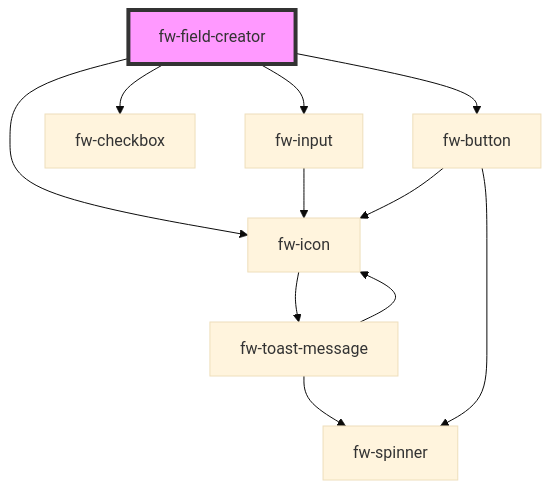
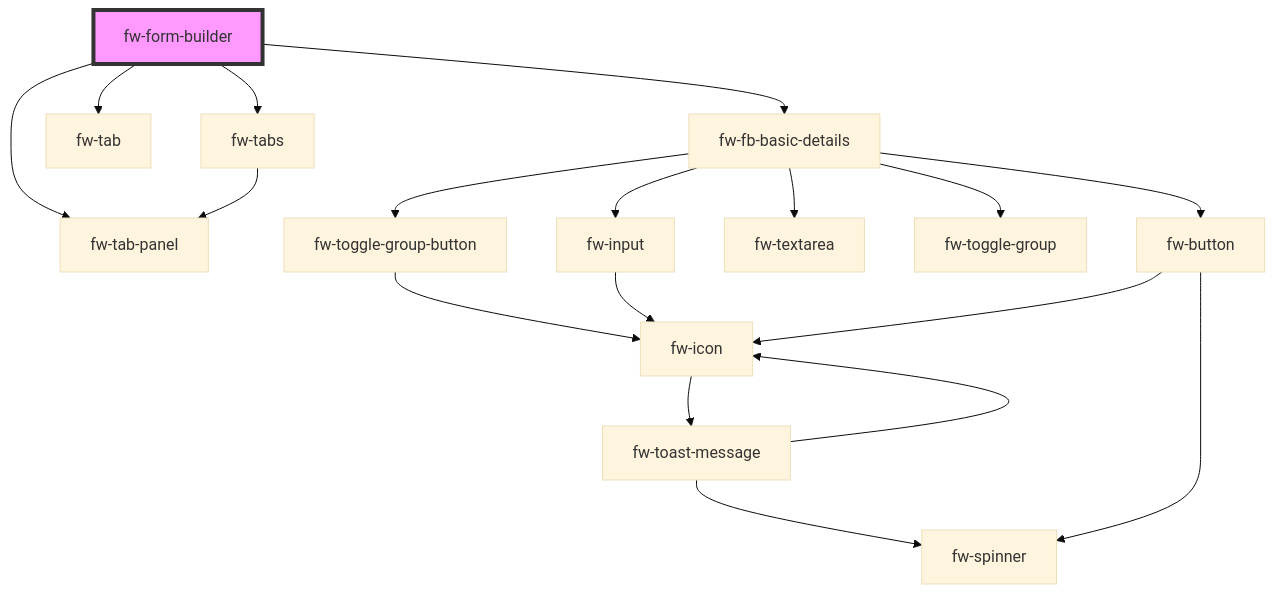
Before and after one commit to freshworks/crayons: the diagram in packages/crayons-core/src/components/form-builder/readme.md, drawn with Mermaid (base theme). The commit also changed other lines of this file and 25 other files, not shown here.

Commit message:
feat(formm-builder): form builder components

````diff
--- a/packages/crayons-core/src/components/form-builder/readme.md
+++ b/packages/crayons-core/src/components/form-builder/readme.md
@@ -35,14 +33,21 @@
 ```mermaid
 graph TD;
-  fw-field-creator --> fw-input
-  fw-field-creator --> fw-checkbox
-  fw-field-creator --> fw-icon
-  fw-field-creator --> fw-button
-  fw-input --> fw-icon
+  fw-form-builder --> fw-tabs
+  fw-form-builder --> fw-tab
+  fw-form-builder --> fw-tab-panel
+  fw-form-builder --> fw-fb-basic-details
+  fw-tabs --> fw-tab-panel
+  fw-fb-basic-details --> fw-toggle-group-button
+  fw-fb-basic-details --> fw-input
+  fw-fb-basic-details --> fw-textarea
+  fw-fb-basic-details --> fw-toggle-group
+  fw-fb-basic-details --> fw-button
+  fw-toggle-group-button --> fw-icon
   fw-icon --> fw-toast-message
   fw-toast-message --> fw-spinner
   fw-toast-message --> fw-icon
+  fw-input --> fw-icon
   fw-button --> fw-spinner
   fw-button --> fw-icon
-  style fw-field-creator fill:#f9f,stroke:#333,stroke-width:4px
+  style fw-form-builder fill:#f9f,stroke:#333,stroke-width:4px
 ```
````
